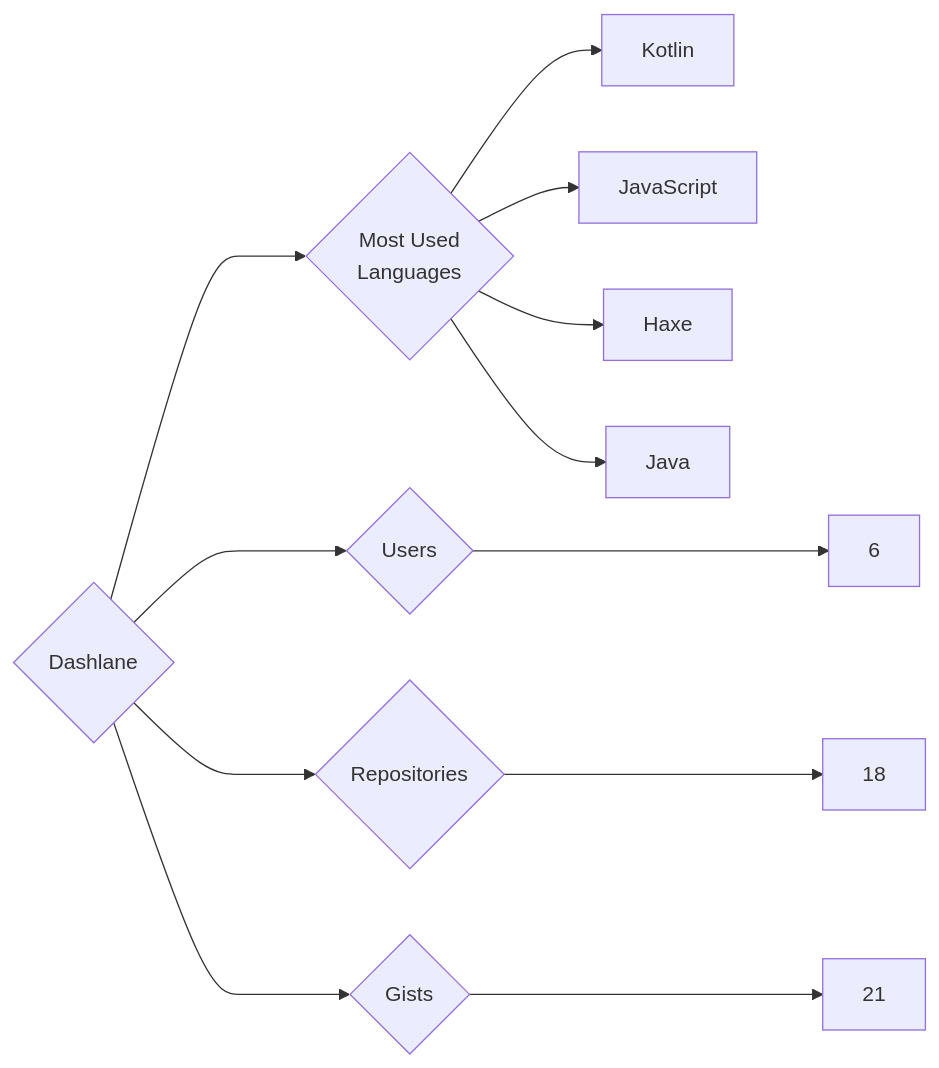
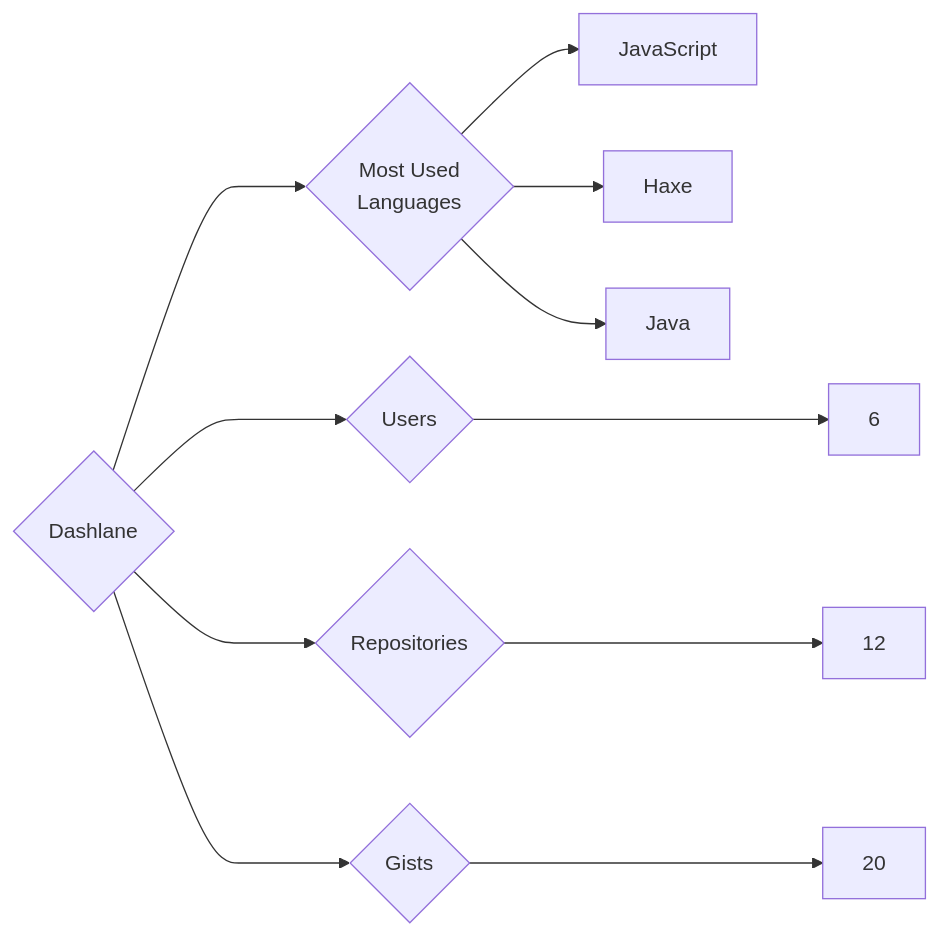
Before and after one commit to trickest/insiders: the diagram in targets/Dashlane/README.md, drawn with Mermaid. The commit also changed 840 other files, not shown here.

````diff
--- a/targets/Dashlane/README.md
+++ b/targets/Dashlane/README.md
@@ -3,12 +3,11 @@
 ```mermaid
 graph LR
 COMPANY_NAME{Dashlane}
 COMPANY_NAME ---> U{Users} ---> UN[6]
-COMPANY_NAME ---> R{Repositories} ---> RN[18]
-COMPANY_NAME ---> G{Gists} ---> GN[21]
+COMPANY_NAME ---> R{Repositories} ---> RN[12]
+COMPANY_NAME ---> G{Gists} ---> GN[20]
 COMPANY_NAME ---> ML{Most Used<br>Languages}
-ML --> Kotlin[Kotlin]
 ML --> JavaScript[JavaScript]
 ML --> Haxe[Haxe]
 ML --> Java[Java]
 ```
````
